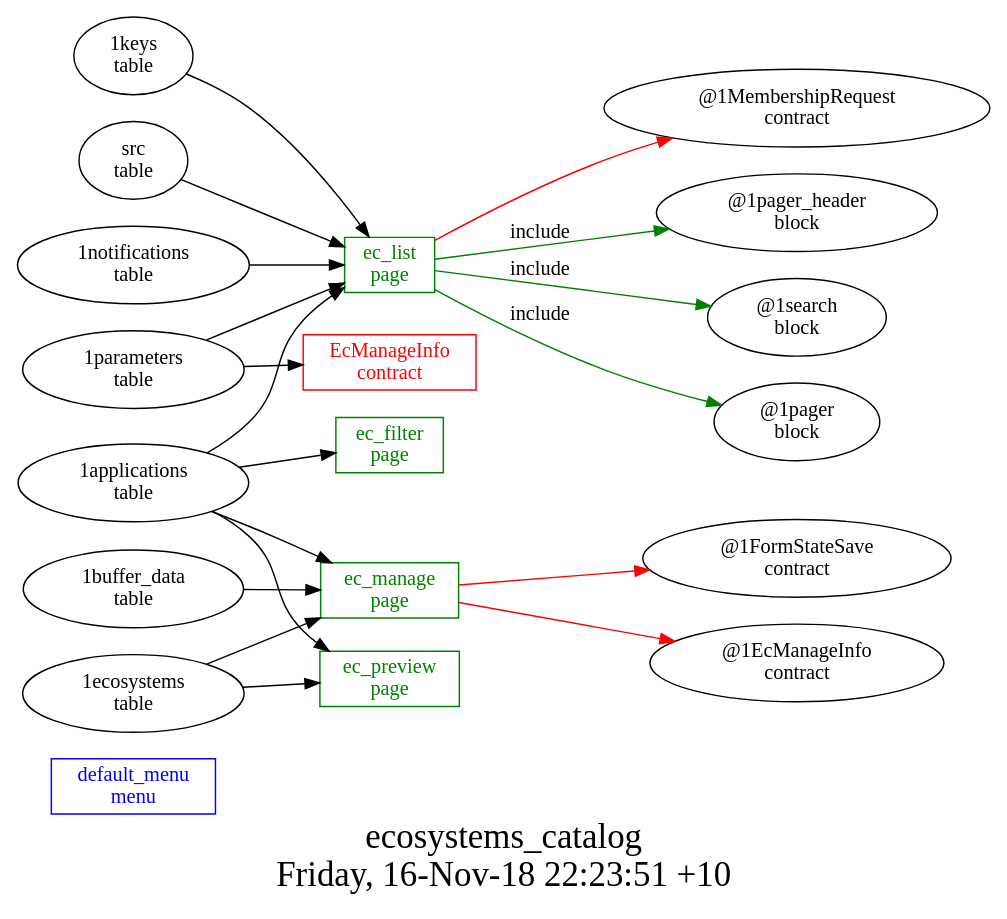
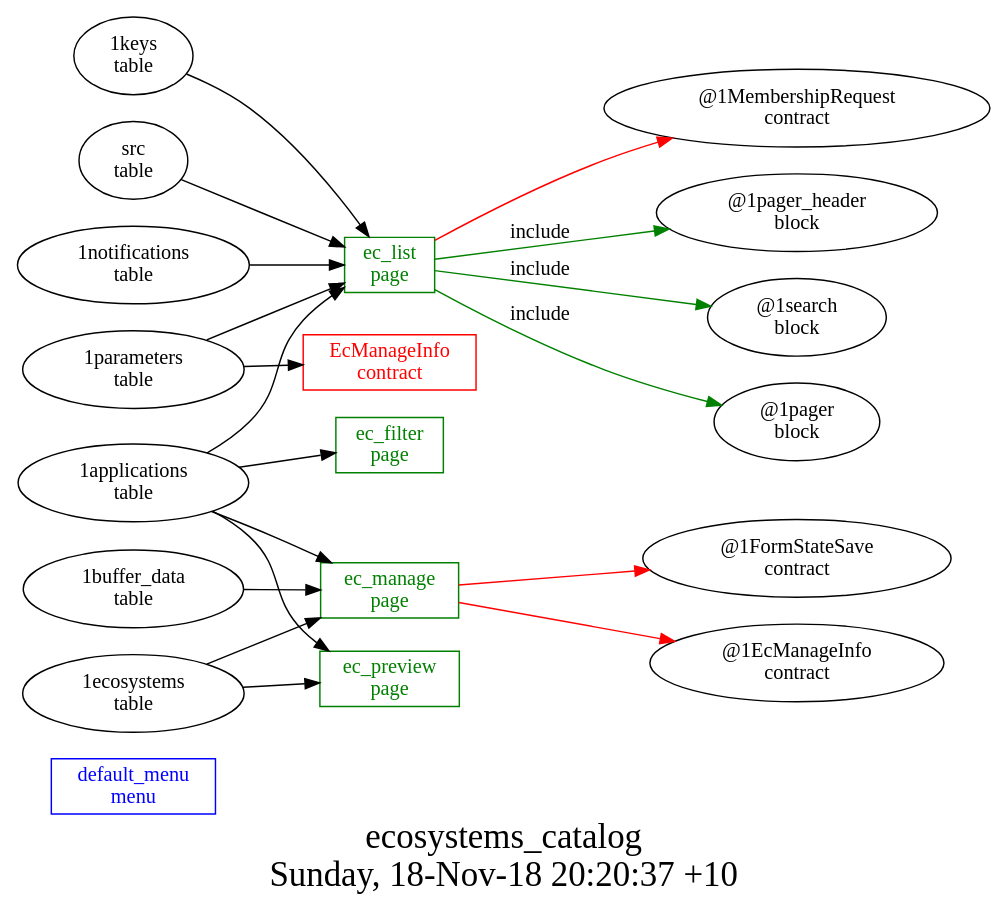
Before and after one commit to AplaProject/apps: the diagram in other/ecosystems_catalog/struct.dot, drawn with Graphviz. The commit also changed 17 other files, not shown here.

```diff
--- a/other/ecosystems_catalog/struct.dot
+++ b/other/ecosystems_catalog/struct.dot
@@ -1,32 +1,32 @@
 digraph G {
 fontsize="24";
-label="ecosystems_catalog\nFriday, 16-Nov-18 22:23:51 +10";
+label="ecosystems_catalog\nSunday, 18-Nov-18 20:20:37 +10";
 nojustify=true;
 ordering=out;
 rankdir=LR;
 size="30";
 "default_menu\nmenu" [color=blue, fontcolor=blue, group=menus, shape=record];
 "1applications\ntable" -> "ec_filter\npage"
 "ec_filter\npage" [color=green, fontcolor=green, group=pages, shape=record];
 "ec_list\npage" -> "@1MembershipRequest\ncontract"  [ color=red ]
 "1applications\ntable" -> "ec_list\npage"
 "src\ntable" -> "ec_list\npage"
 "1notifications\ntable" -> "ec_list\npage"
 "1keys\ntable" -> "ec_list\npage"
 "1parameters\ntable" -> "ec_list\npage"
 "ec_list\npage" -> "@1pager_header\nblock"  [ color=green, label=include ]
 "ec_list\npage" -> "@1search\nblock"  [ color=green, label=include ]
 "ec_list\npage" -> "@1pager\nblock"  [ color=green, label=include ]
 "ec_list\npage" [color=green, fontcolor=green, group=pages, shape=record];
 "ec_manage\npage" -> "@1FormStateSave\ncontract"  [ color=red ]
 "ec_manage\npage" -> "@1EcManageInfo\ncontract"  [ color=red ]
 "1applications\ntable" -> "ec_manage\npage"
 "1buffer_data\ntable" -> "ec_manage\npage"
 "1ecosystems\ntable" -> "ec_manage\npage"
 "ec_manage\npage" [color=green, fontcolor=green, group=pages, shape=record];
 "1applications\ntable" -> "ec_preview\npage"
 "1ecosystems\ntable" -> "ec_preview\npage"
 "ec_preview\npage" [color=green, fontcolor=green, group=pages, shape=record];
 "1parameters\ntable" -> "EcManageInfo\ncontract"
 "EcManageInfo\ncontract" [color=red, fontcolor=red, group=contracts, shape=record];
 }
```
